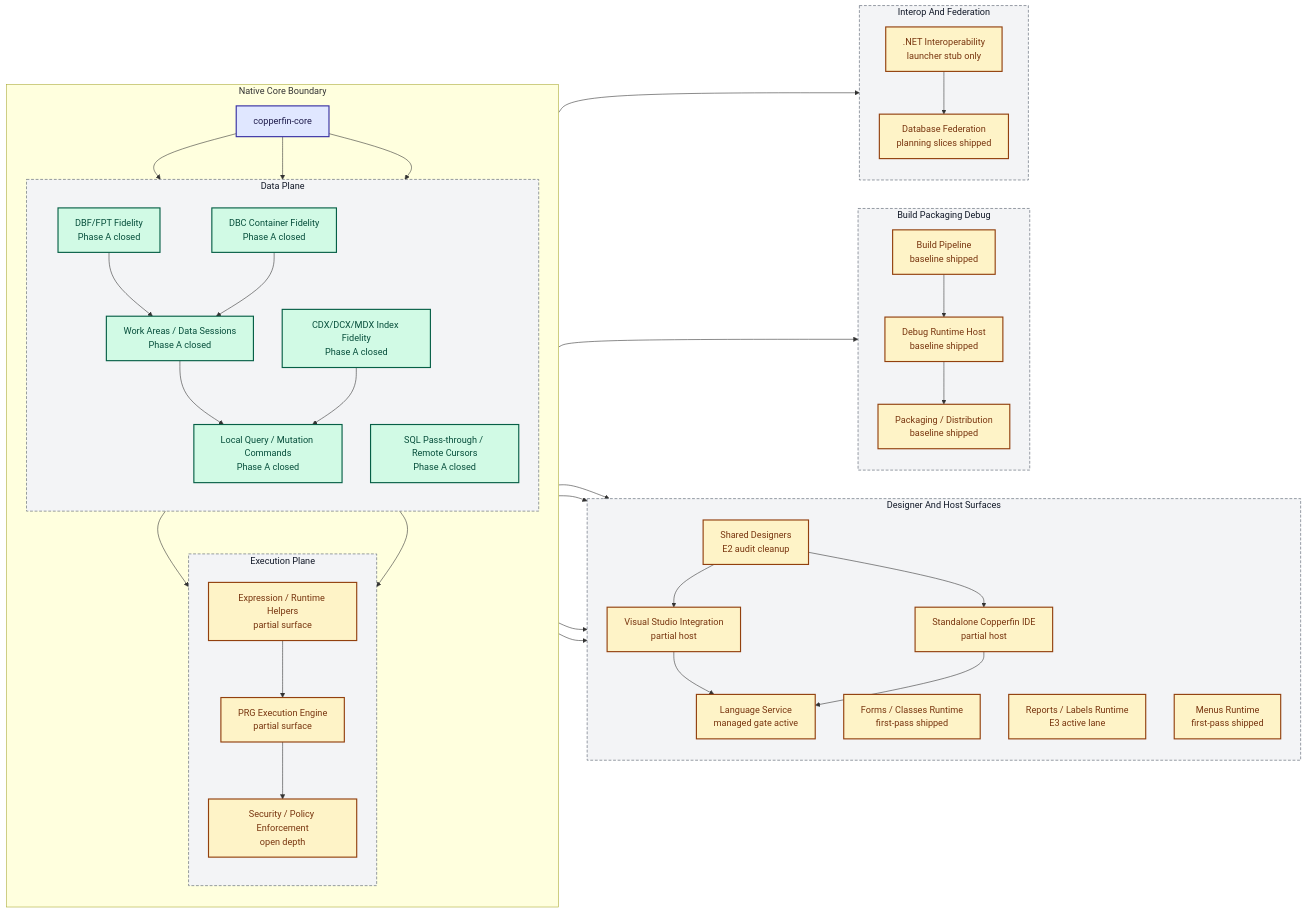
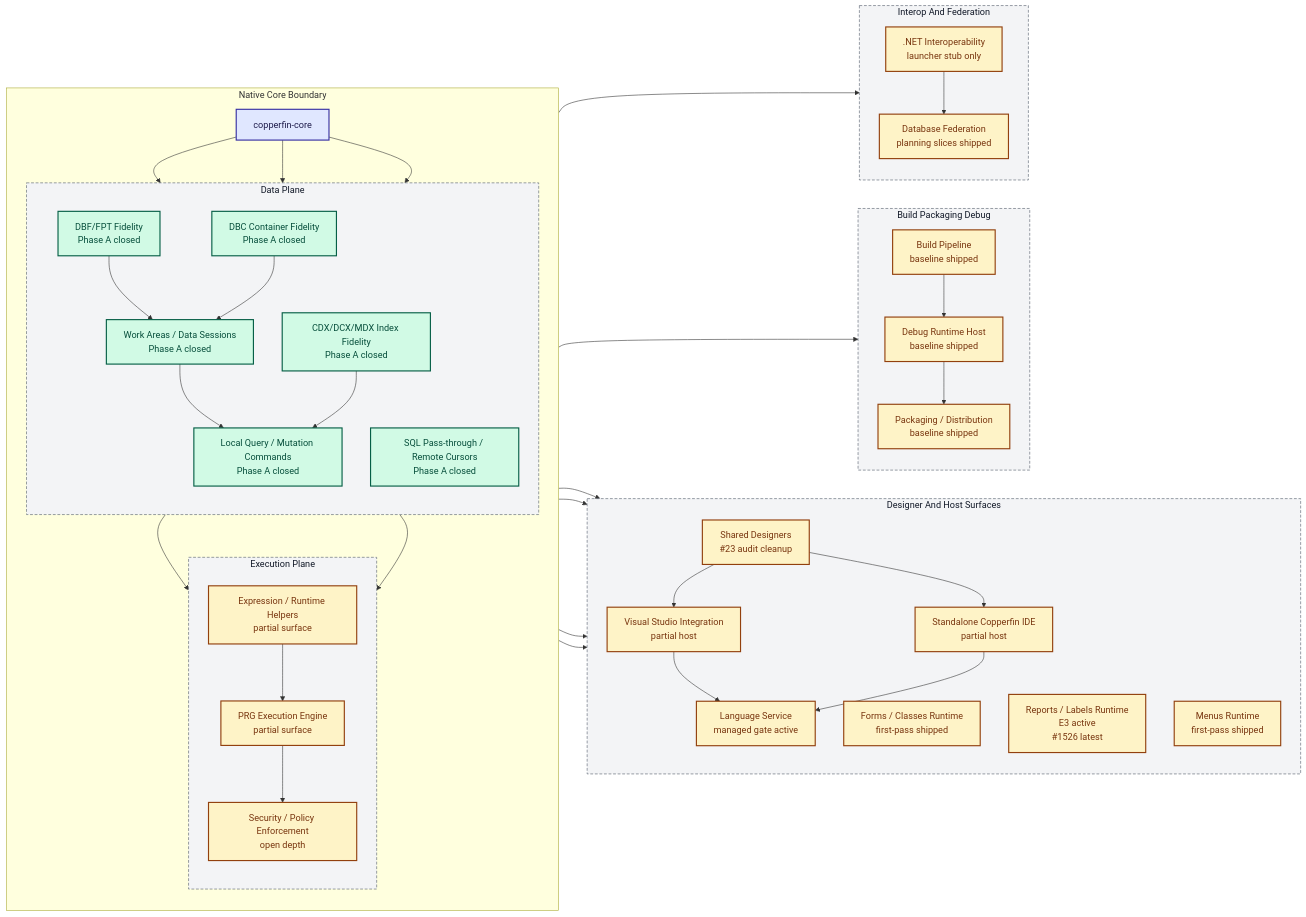
The diagram in docs/02-architecture.md (rhamenator/Project-Copperfin), drawn with Mermaid before and after one commit. The commit also changed 7 other files, not shown here.

```diff
--- a/docs/02-architecture.md
+++ b/docs/02-architecture.md
@@ -34,9 +34,9 @@
 
     subgraph UXHosts[Designer And Host Surfaces]
         direction TB
-        DES["Shared Designers<br/>E2 audit cleanup"]
+        DES["Shared Designers<br/>#23 audit cleanup"]
         FORMS["Forms / Classes Runtime<br/>first-pass shipped"]
-        RPT["Reports / Labels Runtime<br/>E3 active lane"]
+        RPT["Reports / Labels Runtime<br/>E3 active<br/>#1526 latest"]
         MENU["Menus Runtime<br/>first-pass shipped"]
         VS["Visual Studio Integration<br/>partial host"]
         IDE["Standalone Copperfin IDE<br/>partial host"]
```
